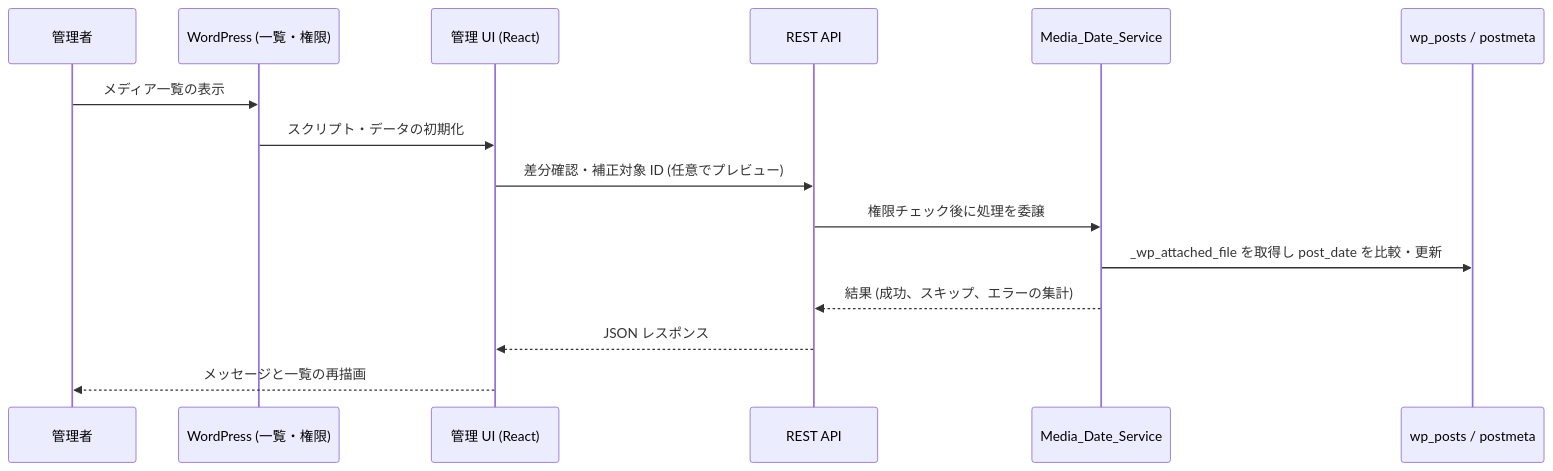
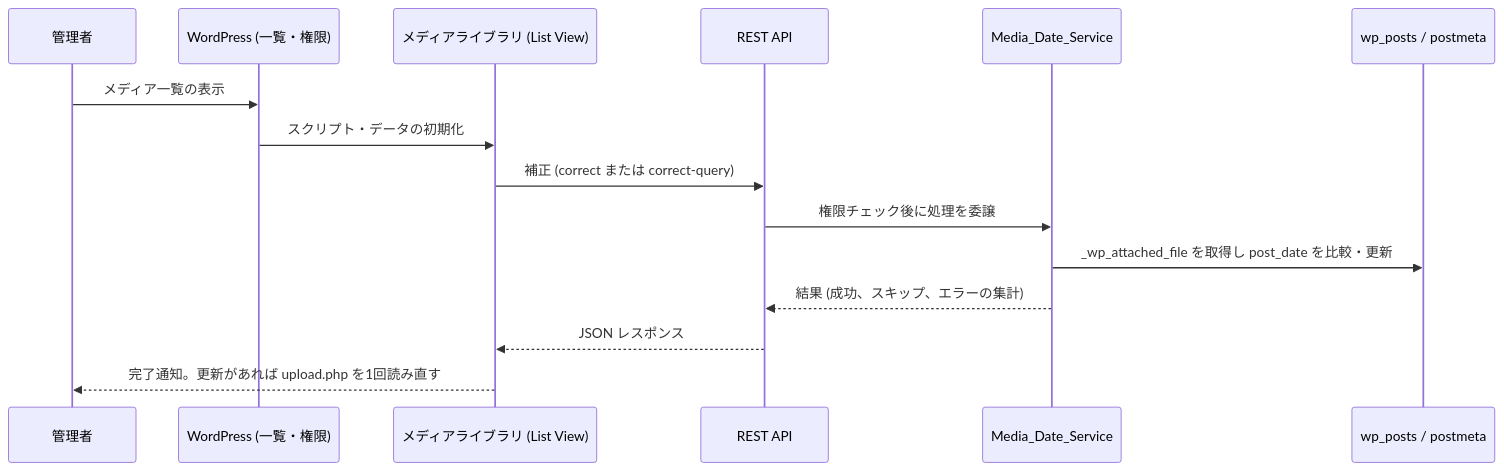
The sixth of 6 diagrams in docs/architecture.md (stein2nd/s2j-media-library-date-corrector), drawn with Mermaid before and after one commit. The commit also changed other lines of this file and 13 other files, not shown here.

````diff
--- a/docs/architecture.md
+++ b/docs/architecture.md
@@ -996,18 +752,18 @@
 ```mermaid
 sequenceDiagram
   participant User as 管理者
   participant WP as WordPress (一覧・権限)
-  participant UI as 管理 UI (React)
+  participant UI as メディアライブラリ (List View)
   participant REST as REST API
   participant Svc as Media_Date_Service
   participant DB as wp_posts / postmeta
 
   User->>WP: メディア一覧の表示
   WP->>UI: スクリプト・データの初期化
-  UI->>REST: 差分確認・補正対象 ID (任意でプレビュー)
+  UI->>REST: 補正 (correct または correct-query)
   REST->>Svc: 権限チェック後に処理を委譲
   Svc->>DB: _wp_attached_file を取得し post_date を比較・更新
   Svc-->>REST: 結果 (成功、スキップ、エラーの集計)
   REST-->>UI: JSON レスポンス
-  UI-->>User: メッセージと一覧の再描画
+  UI-->>User: 完了通知。更新があれば upload.php を1回読み直す
 ```
````
